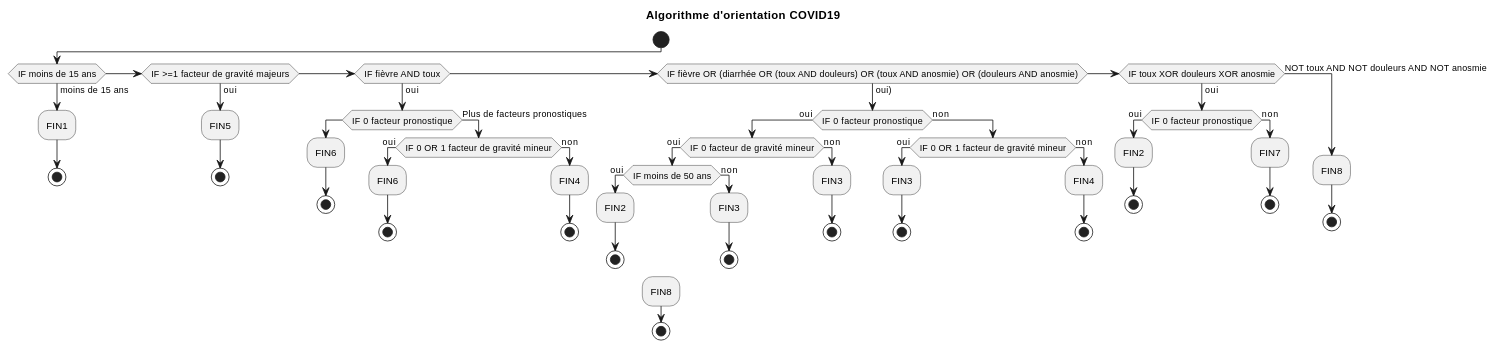
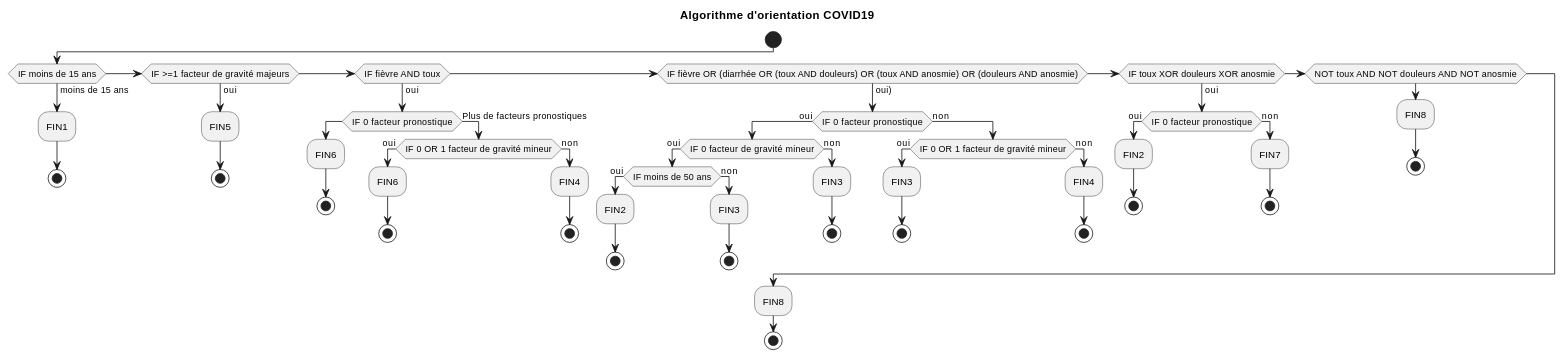
One commit to Delegation-numerique-en-sante/covid19-algorithme-orientation changed the diagram in diagramme.org. Above: the diagram before and after it, drawn with PlantUML. The commit also changed 1 other file, not shown here.

Commit message:
Fix display bug in the diagram

```diff
--- a/diagramme.org
+++ b/diagramme.org
@@ -1,71 +1,71 @@
 #+begin_src plantuml :file diagramme-algorithme-orientation-covid19.png
 @startuml
 title Algorithme d'orientation COVID19
 
 start
 
 if (IF moins de 15 ans) then (moins de 15 ans)
    :FIN1;
    stop
 
 elseif (IF >=1 facteur de gravité majeurs) then (oui)
    :FIN5;
    stop
 
 elseif (IF fièvre AND toux) then (oui)
        if (IF 0 facteur pronostique) then 
           :FIN6;
           stop
        else (Plus de facteurs pronostiques)
           if (IF 0 OR 1 facteur de gravité mineur) then (oui)
              :FIN6;
              stop
           else (non)
              :FIN4;
              stop
           endif
        endif
 
 elseif (IF fièvre OR (diarrhée OR (toux AND douleurs) OR (toux AND anosmie) OR (douleurs AND anosmie)) then (oui))
        if (IF 0 facteur pronostique) then (oui)
            if (IF 0 facteur de gravité mineur) then (oui)
               if (IF moins de 50 ans) then (oui)
                  :FIN2;
                  stop;
               else (non)
                  :FIN3;
                  stop;
               endif
            else (non)
               :FIN3;
               stop;
            endif
         else (non)
            if (IF 0 OR 1 facteur de gravité mineur) then (oui)
               :FIN3;
               stop
            else (non)
               :FIN4;
               stop
            endif
         endif
 
 elseif (IF toux XOR douleurs XOR anosmie) then (oui)
        if (IF 0 facteur pronostique) then (oui)
           :FIN2;
           stop
        else (non)
           :FIN7;
           stop
        endif
 
-else (NOT toux AND NOT douleurs AND NOT anosmie)
+elseif (NOT toux AND NOT douleurs AND NOT anosmie)
      :FIN8;
      stop
 endif
 
 :FIN8;
 stop
 
 @enduml
 #+end_src
```
